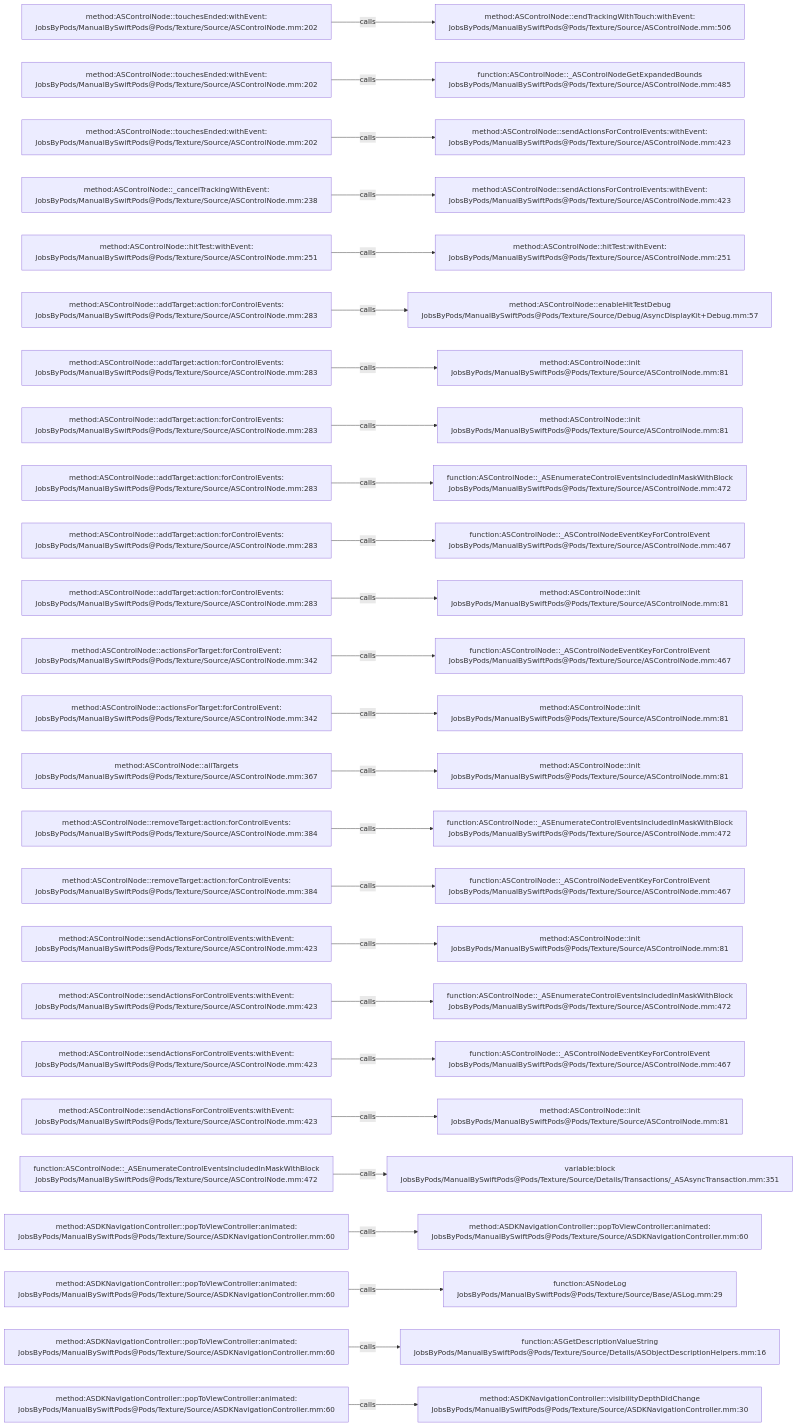
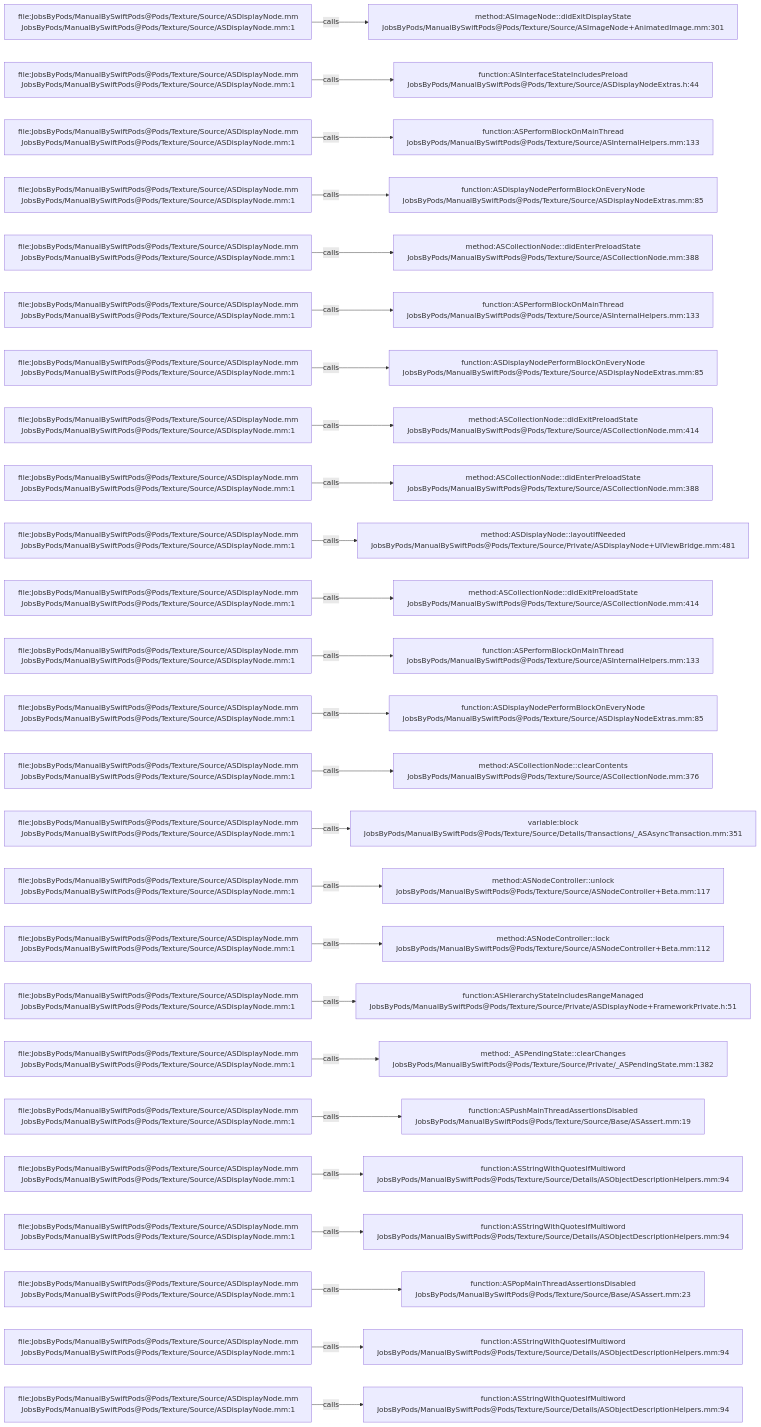
The diagram in .codegraph/codegraph.md/graphs/calls-036.md (JobsKits/JobsSwiftBaseConfigDemo), drawn with Mermaid before and after one commit. The commit also changed 832 other files, not shown here.

````diff
--- a/.codegraph/codegraph.md/graphs/calls-036.md
+++ b/.codegraph/codegraph.md/graphs/calls-036.md
@@ -13,78 +13,78 @@
 ```mermaid
 flowchart LR
-  S1["method:ASControlNode::touchesEnded:withEvent:<br/>JobsByPods/ManualBySwiftPods@Pods/Texture/Source/ASControlNode.mm:202"]
-  T1["method:ASControlNode::endTrackingWithTouch:withEvent:<br/>JobsByPods/ManualBySwiftPods@Pods/Texture/Source/ASControlNode.mm:506"]
+  S1["file:JobsByPods/ManualBySwiftPods@Pods/Texture/Source/ASDisplayNode.mm<br/>JobsByPods/ManualBySwiftPods@Pods/Texture/Source/ASDisplayNode.mm:1"]
+  T1["method:ASImageNode::didExitDisplayState<br/>JobsByPods/ManualBySwiftPods@Pods/Texture/Source/ASImageNode+AnimatedImage.mm:301"]
   S1 -->|calls| T1
-  S2["method:ASControlNode::touchesEnded:withEvent:<br/>JobsByPods/ManualBySwiftPods@Pods/Texture/Source/ASControlNode.mm:202"]
-  T2["function:ASControlNode::_ASControlNodeGetExpandedBounds<br/>JobsByPods/ManualBySwiftPods@Pods/Texture/Source/ASControlNode.mm:485"]
+  S2["file:JobsByPods/ManualBySwiftPods@Pods/Texture/Source/ASDisplayNode.mm<br/>JobsByPods/ManualBySwiftPods@Pods/Texture/Source/ASDisplayNode.mm:1"]
+  T2["function:ASInterfaceStateIncludesPreload<br/>JobsByPods/ManualBySwiftPods@Pods/Texture/Source/ASDisplayNodeExtras.h:44"]
   S2 -->|calls| T2
-  S3["method:ASControlNode::touchesEnded:withEvent:<br/>JobsByPods/ManualBySwiftPods@Pods/Texture/Source/ASControlNode.mm:202"]
-  T3["method:ASControlNode::sendActionsForControlEvents:withEvent:<br/>JobsByPods/ManualBySwiftPods@Pods/Texture/Source/ASControlNode.mm:423"]
+  S3["file:JobsByPods/ManualBySwiftPods@Pods/Texture/Source/ASDisplayNode.mm<br/>JobsByPods/ManualBySwiftPods@Pods/Texture/Source/ASDisplayNode.mm:1"]
+  T3["function:ASPerformBlockOnMainThread<br/>JobsByPods/ManualBySwiftPods@Pods/Texture/Source/ASInternalHelpers.mm:133"]
   S3 -->|calls| T3
-  S4["method:ASControlNode::_cancelTrackingWithEvent:<br/>JobsByPods/ManualBySwiftPods@Pods/Texture/Source/ASControlNode.mm:238"]
-  T4["method:ASControlNode::sendActionsForControlEvents:withEvent:<br/>JobsByPods/ManualBySwiftPods@Pods/Texture/Source/ASControlNode.mm:423"]
+  S4["file:JobsByPods/ManualBySwiftPods@Pods/Texture/Source/ASDisplayNode.mm<br/>JobsByPods/ManualBySwiftPods@Pods/Texture/Source/ASDisplayNode.mm:1"]
+  T4["function:ASDisplayNodePerformBlockOnEveryNode<br/>JobsByPods/ManualBySwiftPods@Pods/Texture/Source/ASDisplayNodeExtras.mm:85"]
   S4 -->|calls| T4
-  S5["method:ASControlNode::hitTest:withEvent:<br/>JobsByPods/ManualBySwiftPods@Pods/Texture/Source/ASControlNode.mm:251"]
-  T5["method:ASControlNode::hitTest:withEvent:<br/>JobsByPods/ManualBySwiftPods@Pods/Texture/Source/ASControlNode.mm:251"]
+  S5["file:JobsByPods/ManualBySwiftPods@Pods/Texture/Source/ASDisplayNode.mm<br/>JobsByPods/ManualBySwiftPods@Pods/Texture/Source/ASDisplayNode.mm:1"]
+  T5["method:ASCollectionNode::didEnterPreloadState<br/>JobsByPods/ManualBySwiftPods@Pods/Texture/Source/ASCollectionNode.mm:388"]
   S5 -->|calls| T5
-  S6["method:ASControlNode::addTarget:action:forControlEvents:<br/>JobsByPods/ManualBySwiftPods@Pods/Texture/Source/ASControlNode.mm:283"]
-  T6["method:ASControlNode::enableHitTestDebug<br/>JobsByPods/ManualBySwiftPods@Pods/Texture/Source/Debug/AsyncDisplayKit+Debug.mm:57"]
+  S6["file:JobsByPods/ManualBySwiftPods@Pods/Texture/Source/ASDisplayNode.mm<br/>JobsByPods/ManualBySwiftPods@Pods/Texture/Source/ASDisplayNode.mm:1"]
+  T6["function:ASPerformBlockOnMainThread<br/>JobsByPods/ManualBySwiftPods@Pods/Texture/Source/ASInternalHelpers.mm:133"]
   S6 -->|calls| T6
-  S7["method:ASControlNode::addTarget:action:forControlEvents:<br/>JobsByPods/ManualBySwiftPods@Pods/Texture/Source/ASControlNode.mm:283"]
-  T7["method:ASControlNode::init<br/>JobsByPods/ManualBySwiftPods@Pods/Texture/Source/ASControlNode.mm:81"]
+  S7["file:JobsByPods/ManualBySwiftPods@Pods/Texture/Source/ASDisplayNode.mm<br/>JobsByPods/ManualBySwiftPods@Pods/Texture/Source/ASDisplayNode.mm:1"]
+  T7["function:ASDisplayNodePerformBlockOnEveryNode<br/>JobsByPods/ManualBySwiftPods@Pods/Texture/Source/ASDisplayNodeExtras.mm:85"]
   S7 -->|calls| T7
-  S8["method:ASControlNode::addTarget:action:forControlEvents:<br/>JobsByPods/ManualBySwiftPods@Pods/Texture/Source/ASControlNode.mm:283"]
-  T8["method:ASControlNode::init<br/>JobsByPods/ManualBySwiftPods@Pods/Texture/Source/ASControlNode.mm:81"]
+  S8["file:JobsByPods/ManualBySwiftPods@Pods/Texture/Source/ASDisplayNode.mm<br/>JobsByPods/ManualBySwiftPods@Pods/Texture/Source/ASDisplayNode.mm:1"]
+  T8["method:ASCollectionNode::didExitPreloadState<br/>JobsByPods/ManualBySwiftPods@Pods/Texture/Source/ASCollectionNode.mm:414"]
   S8 -->|calls| T8
-  S9["method:ASControlNode::addTarget:action:forControlEvents:<br/>JobsByPods/ManualBySwiftPods@Pods/Texture/Source/ASControlNode.mm:283"]
-  T9["function:ASControlNode::_ASEnumerateControlEventsIncludedInMaskWithBlock<br/>JobsByPods/ManualBySwiftPods@Pods/Texture/Source/ASControlNode.mm:472"]
+  S9["file:JobsByPods/ManualBySwiftPods@Pods/Texture/Source/ASDisplayNode.mm<br/>JobsByPods/ManualBySwiftPods@Pods/Texture/Source/ASDisplayNode.mm:1"]
+  T9["method:ASCollectionNode::didEnterPreloadState<br/>JobsByPods/ManualBySwiftPods@Pods/Texture/Source/ASCollectionNode.mm:388"]
   S9 -->|calls| T9
-  S10["method:ASControlNode::addTarget:action:forControlEvents:<br/>JobsByPods/ManualBySwiftPods@Pods/Texture/Source/ASControlNode.mm:283"]
-  T10["function:ASControlNode::_ASControlNodeEventKeyForControlEvent<br/>JobsByPods/ManualBySwiftPods@Pods/Texture/Source/ASControlNode.mm:467"]
+  S10["file:JobsByPods/ManualBySwiftPods@Pods/Texture/Source/ASDisplayNode.mm<br/>JobsByPods/ManualBySwiftPods@Pods/Texture/Source/ASDisplayNode.mm:1"]
+  T10["method:ASDisplayNode::layoutIfNeeded<br/>JobsByPods/ManualBySwiftPods@Pods/Texture/Source/Private/ASDisplayNode+UIViewBridge.mm:481"]
   S10 -->|calls| T10
-  S11["method:ASControlNode::addTarget:action:forControlEvents:<br/>JobsByPods/ManualBySwiftPods@Pods/Texture/Source/ASControlNode.mm:283"]
-  T11["method:ASControlNode::init<br/>JobsByPods/ManualBySwiftPods@Pods/Texture/Source/ASControlNode.mm:81"]
+  S11["file:JobsByPods/ManualBySwiftPods@Pods/Texture/Source/ASDisplayNode.mm<br/>JobsByPods/ManualBySwiftPods@Pods/Texture/Source/ASDisplayNode.mm:1"]
+  T11["method:ASCollectionNode::didExitPreloadState<br/>JobsByPods/ManualBySwiftPods@Pods/Texture/Source/ASCollectionNode.mm:414"]
   S11 -->|calls| T11
-  S12["method:ASControlNode::actionsForTarget:forControlEvent:<br/>JobsByPods/ManualBySwiftPods@Pods/Texture/Source/ASControlNode.mm:342"]
-  T12["function:ASControlNode::_ASControlNodeEventKeyForControlEvent<br/>JobsByPods/ManualBySwiftPods@Pods/Texture/Source/ASControlNode.mm:467"]
+  S12["file:JobsByPods/ManualBySwiftPods@Pods/Texture/Source/ASDisplayNode.mm<br/>JobsByPods/ManualBySwiftPods@Pods/Texture/Source/ASDisplayNode.mm:1"]
+  T12["function:ASPerformBlockOnMainThread<br/>JobsByPods/ManualBySwiftPods@Pods/Texture/Source/ASInternalHelpers.mm:133"]
   S12 -->|calls| T12
-  S13["method:ASControlNode::actionsForTarget:forControlEvent:<br/>JobsByPods/ManualBySwiftPods@Pods/Texture/Source/ASControlNode.mm:342"]
-  T13["method:ASControlNode::init<br/>JobsByPods/ManualBySwiftPods@Pods/Texture/Source/ASControlNode.mm:81"]
+  S13["file:JobsByPods/ManualBySwiftPods@Pods/Texture/Source/ASDisplayNode.mm<br/>JobsByPods/ManualBySwiftPods@Pods/Texture/Source/ASDisplayNode.mm:1"]
+  T13["function:ASDisplayNodePerformBlockOnEveryNode<br/>JobsByPods/ManualBySwiftPods@Pods/Texture/Source/ASDisplayNodeExtras.mm:85"]
   S13 -->|calls| T13
-  S14["method:ASControlNode::allTargets<br/>JobsByPods/ManualBySwiftPods@Pods/Texture/Source/ASControlNode.mm:367"]
-  T14["method:ASControlNode::init<br/>JobsByPods/ManualBySwiftPods@Pods/Texture/Source/ASControlNode.mm:81"]
+  S14["file:JobsByPods/ManualBySwiftPods@Pods/Texture/Source/ASDisplayNode.mm<br/>JobsByPods/ManualBySwiftPods@Pods/Texture/Source/ASDisplayNode.mm:1"]
+  T14["method:ASCollectionNode::clearContents<br/>JobsByPods/ManualBySwiftPods@Pods/Texture/Source/ASCollectionNode.mm:376"]
   S14 -->|calls| T14
-  S15["method:ASControlNode::removeTarget:action:forControlEvents:<br/>JobsByPods/ManualBySwiftPods@Pods/Texture/Source/ASControlNode.mm:384"]
-  T15["function:ASControlNode::_ASEnumerateControlEventsIncludedInMaskWithBlock<br/>JobsByPods/ManualBySwiftPods@Pods/Texture/Source/ASControlNode.mm:472"]
+  S15["file:JobsByPods/ManualBySwiftPods@Pods/Texture/Source/ASDisplayNode.mm<br/>JobsByPods/ManualBySwiftPods@Pods/Texture/Source/ASDisplayNode.mm:1"]
+  T15["variable:block<br/>JobsByPods/ManualBySwiftPods@Pods/Texture/Source/Details/Transactions/_ASAsyncTransaction.mm:351"]
   S15 -->|calls| T15
-  S16["method:ASControlNode::removeTarget:action:forControlEvents:<br/>JobsByPods/ManualBySwiftPods@Pods/Texture/Source/ASControlNode.mm:384"]
-  T16["function:ASControlNode::_ASControlNodeEventKeyForControlEvent<br/>JobsByPods/ManualBySwiftPods@Pods/Texture/Source/ASControlNode.mm:467"]
+  S16["file:JobsByPods/ManualBySwiftPods@Pods/Texture/Source/ASDisplayNode.mm<br/>JobsByPods/ManualBySwiftPods@Pods/Texture/Source/ASDisplayNode.mm:1"]
+  T16["method:ASNodeController::unlock<br/>JobsByPods/ManualBySwiftPods@Pods/Texture/Source/ASNodeController+Beta.mm:117"]
   S16 -->|calls| T16
-  S17["method:ASControlNode::sendActionsForControlEvents:withEvent:<br/>JobsByPods/ManualBySwiftPods@Pods/Texture/Source/ASControlNode.mm:423"]
-  T17["method:ASControlNode::init<br/>JobsByPods/ManualBySwiftPods@Pods/Texture/Source/ASControlNode.mm:81"]
+  S17["file:JobsByPods/ManualBySwiftPods@Pods/Texture/Source/ASDisplayNode.mm<br/>JobsByPods/ManualBySwiftPods@Pods/Texture/Source/ASDisplayNode.mm:1"]
+  T17["method:ASNodeController::lock<br/>JobsByPods/ManualBySwiftPods@Pods/Texture/Source/ASNodeController+Beta.mm:112"]
   S17 -->|calls| T17
-  S18["method:ASControlNode::sendActionsForControlEvents:withEvent:<br/>JobsByPods/ManualBySwiftPods@Pods/Texture/Source/ASControlNode.mm:423"]
-  T18["function:ASControlNode::_ASEnumerateControlEventsIncludedInMaskWithBlock<br/>JobsByPods/ManualBySwiftPods@Pods/Texture/Source/ASControlNode.mm:472"]
+  S18["file:JobsByPods/ManualBySwiftPods@Pods/Texture/Source/ASDisplayNode.mm<br/>JobsByPods/ManualBySwiftPods@Pods/Texture/Source/ASDisplayNode.mm:1"]
+  T18["function:ASHierarchyStateIncludesRangeManaged<br/>JobsByPods/ManualBySwiftPods@Pods/Texture/Source/Private/ASDisplayNode+FrameworkPrivate.h:51"]
   S18 -->|calls| T18
-  S19["method:ASControlNode::sendActionsForControlEvents:withEvent:<br/>JobsByPods/ManualBySwiftPods@Pods/Texture/Source/ASControlNode.mm:423"]
-  T19["function:ASControlNode::_ASControlNodeEventKeyForControlEvent<br/>JobsByPods/ManualBySwiftPods@Pods/Texture/Source/ASControlNode.mm:467"]
+  S19["file:JobsByPods/ManualBySwiftPods@Pods/Texture/Source/ASDisplayNode.mm<br/>JobsByPods/ManualBySwiftPods@Pods/Texture/Source/ASDisplayNode.mm:1"]
+  T19["method:_ASPendingState::clearChanges<br/>JobsByPods/ManualBySwiftPods@Pods/Texture/Source/Private/_ASPendingState.mm:1382"]
   S19 -->|calls| T19
-  S20["method:ASControlNode::sendActionsForControlEvents:withEvent:<br/>JobsByPods/ManualBySwiftPods@Pods/Texture/Source/ASControlNode.mm:423"]
-  T20["method:ASControlNode::init<br/>JobsByPods/ManualBySwiftPods@Pods/Texture/Source/ASControlNode.mm:81"]
+  S20["file:JobsByPods/ManualBySwiftPods@Pods/Texture/Source/ASDisplayNode.mm<br/>JobsByPods/ManualBySwiftPods@Pods/Texture/Source/ASDisplayNode.mm:1"]
+  T20["function:ASPushMainThreadAssertionsDisabled<br/>JobsByPods/ManualBySwiftPods@Pods/Texture/Source/Base/ASAssert.mm:19"]
   S20 -->|calls| T20
-  S21["function:ASControlNode::_ASEnumerateControlEventsIncludedInMaskWithBlock<br/>JobsByPods/ManualBySwiftPods@Pods/Texture/Source/ASControlNode.mm:472"]
-  T21["variable:block<br/>JobsByPods/ManualBySwiftPods@Pods/Texture/Source/Details/Transactions/_ASAsyncTransaction.mm:351"]
+  S21["file:JobsByPods/ManualBySwiftPods@Pods/Texture/Source/ASDisplayNode.mm<br/>JobsByPods/ManualBySwiftPods@Pods/Texture/Source/ASDisplayNode.mm:1"]
+  T21["function:ASStringWithQuotesIfMultiword<br/>JobsByPods/ManualBySwiftPods@Pods/Texture/Source/Details/ASObjectDescriptionHelpers.mm:94"]
   S21 -->|calls| T21
-  S22["method:ASDKNavigationController::popToViewController:animated:<br/>JobsByPods/ManualBySwiftPods@Pods/Texture/Source/ASDKNavigationController.mm:60"]
-  T22["method:ASDKNavigationController::popToViewController:animated:<br/>JobsByPods/ManualBySwiftPods@Pods/Texture/Source/ASDKNavigationController.mm:60"]
+  S22["file:JobsByPods/ManualBySwiftPods@Pods/Texture/Source/ASDisplayNode.mm<br/>JobsByPods/ManualBySwiftPods@Pods/Texture/Source/ASDisplayNode.mm:1"]
+  T22["function:ASStringWithQuotesIfMultiword<br/>JobsByPods/ManualBySwiftPods@Pods/Texture/Source/Details/ASObjectDescriptionHelpers.mm:94"]
   S22 -->|calls| T22
-  S23["method:ASDKNavigationController::popToViewController:animated:<br/>JobsByPods/ManualBySwiftPods@Pods/Texture/Source/ASDKNavigationController.mm:60"]
-  T23["function:ASNodeLog<br/>JobsByPods/ManualBySwiftPods@Pods/Texture/Source/Base/ASLog.mm:29"]
+  S23["file:JobsByPods/ManualBySwiftPods@Pods/Texture/Source/ASDisplayNode.mm<br/>JobsByPods/ManualBySwiftPods@Pods/Texture/Source/ASDisplayNode.mm:1"]
+  T23["function:ASPopMainThreadAssertionsDisabled<br/>JobsByPods/ManualBySwiftPods@Pods/Texture/Source/Base/ASAssert.mm:23"]
   S23 -->|calls| T23
-  S24["method:ASDKNavigationController::popToViewController:animated:<br/>JobsByPods/ManualBySwiftPods@Pods/Texture/Source/ASDKNavigationController.mm:60"]
-  T24["function:ASGetDescriptionValueString<br/>JobsByPods/ManualBySwiftPods@Pods/Texture/Source/Details/ASObjectDescriptionHelpers.mm:16"]
+  S24["file:JobsByPods/ManualBySwiftPods@Pods/Texture/Source/ASDisplayNode.mm<br/>JobsByPods/ManualBySwiftPods@Pods/Texture/Source/ASDisplayNode.mm:1"]
+  T24["function:ASStringWithQuotesIfMultiword<br/>JobsByPods/ManualBySwiftPods@Pods/Texture/Source/Details/ASObjectDescriptionHelpers.mm:94"]
   S24 -->|calls| T24
-  S25["method:ASDKNavigationController::popToViewController:animated:<br/>JobsByPods/ManualBySwiftPods@Pods/Texture/Source/ASDKNavigationController.mm:60"]
-  T25["method:ASDKNavigationController::visibilityDepthDidChange<br/>JobsByPods/ManualBySwiftPods@Pods/Texture/Source/ASDKNavigationController.mm:30"]
+  S25["file:JobsByPods/ManualBySwiftPods@Pods/Texture/Source/ASDisplayNode.mm<br/>JobsByPods/ManualBySwiftPods@Pods/Texture/Source/ASDisplayNode.mm:1"]
+  T25["function:ASStringWithQuotesIfMultiword<br/>JobsByPods/ManualBySwiftPods@Pods/Texture/Source/Details/ASObjectDescriptionHelpers.mm:94"]
   S25 -->|calls| T25
 ```
````
